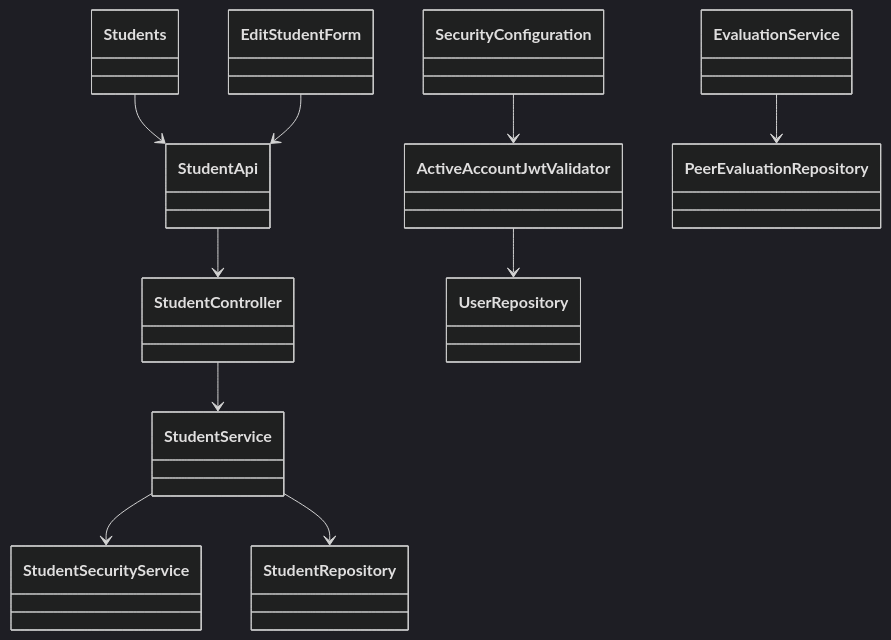
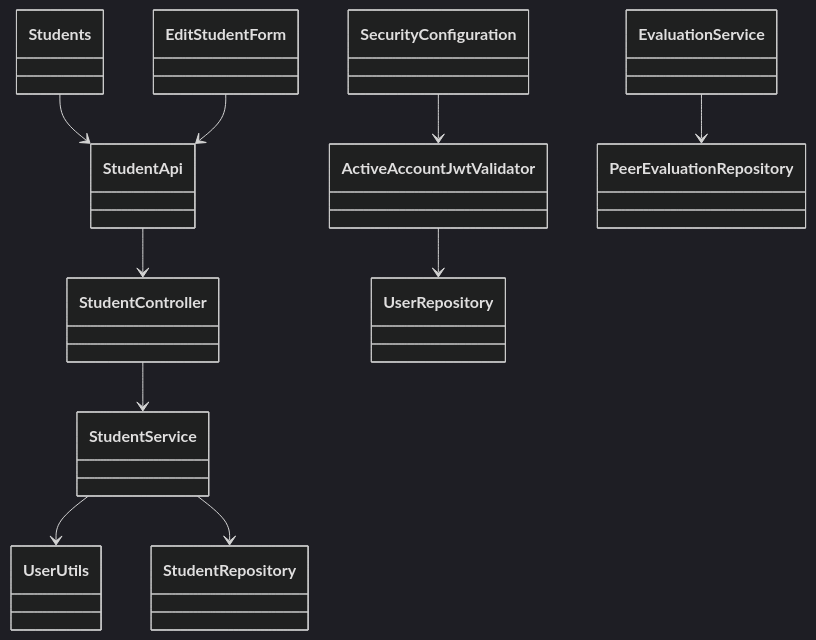
Before and after one commit to me-mark/add-a-use-case: the first of 2 diagrams in docs/design/stu.md, drawn with Mermaid (dark theme). The commit also changed other lines of this file and 1 other file, not shown here.

Commit message:
docs: trace verified student deactivation behavior

````diff
--- a/docs/design/stu.md
+++ b/docs/design/stu.md
@@ -14,12 +14,12 @@
 ```mermaid
 classDiagram
     Students --> StudentApi
     EditStudentForm --> StudentApi
     StudentApi --> StudentController
     StudentController --> StudentService
-    StudentService --> StudentSecurityService
+    StudentService --> UserUtils
     StudentService --> StudentRepository
     SecurityConfiguration --> ActiveAccountJwtValidator
     ActiveAccountJwtValidator --> UserRepository
     EvaluationService --> PeerEvaluationRepository
 ```
````
